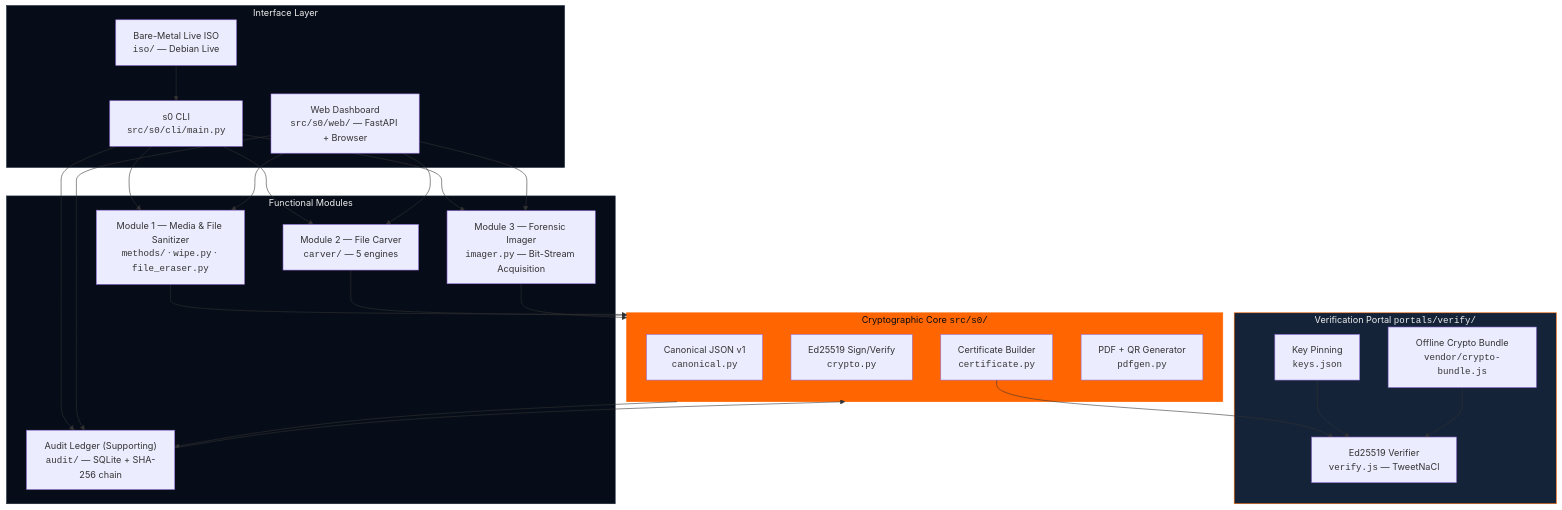
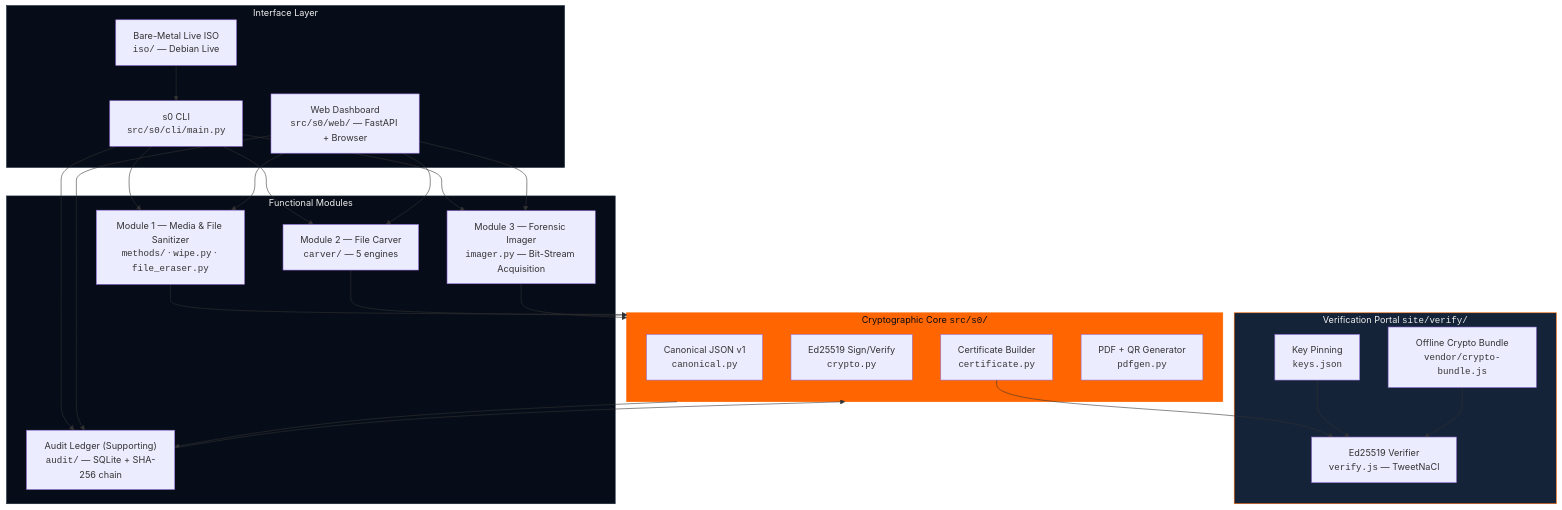
The first of 6 diagrams in docs/architecture/system-architecture.md (kartik2005221/s0), drawn with Mermaid before and after one commit. The commit also changed other lines of this file and 121 other files, not shown here.

````diff
--- a/docs/architecture/system-architecture.md
+++ b/docs/architecture/system-architecture.md
@@ -13,45 +13,45 @@
 ```mermaid
 graph TB
     subgraph UI["Interface Layer"]
         CLI["s0 CLI<br/><code>src/s0/cli/main.py</code>"]
         GUI["Web Dashboard<br/><code>src/s0/web/</code> — FastAPI + Browser"]
         ISO["Bare-Metal Live ISO<br/><code>iso/</code> — Debian Live"]
     end
 
     subgraph MODULES["Functional Modules"]
         M1["Module 1 — Media & File Sanitizer<br/><code>methods/</code> · <code>wipe.py</code> · <code>file_eraser.py</code>"]
         M2["Module 2 — File Carver<br/><code>carver/</code> — 5 engines"]
         M3["Module 3 — Forensic Imager<br/><code>imager.py</code> — Bit-Stream Acquisition"]
         M4["Audit Ledger (Supporting)<br/><code>audit/</code> — SQLite + SHA-256 chain"]
     end
 
     subgraph CORE["Cryptographic Core  <code>src/s0/</code>"]
         CANON["Canonical JSON v1<br/><code>canonical.py</code>"]
         CRYPTO["Ed25519 Sign/Verify<br/><code>crypto.py</code>"]
         CERT["Certificate Builder<br/><code>certificate.py</code>"]
         PDF["PDF + QR Generator<br/><code>pdfgen.py</code>"]
     end
 
-    subgraph VERIFY["Verification Portal  <code>portals/verify/</code>"]
+    subgraph VERIFY["Verification Portal  <code>site/verify/</code>"]
         VP_JS["Ed25519 Verifier<br/><code>verify.js</code> — TweetNaCl"]
         VP_KEYS["Key Pinning<br/><code>keys.json</code>"]
         VP_CRYPTO["Offline Crypto Bundle<br/><code>vendor/crypto-bundle.js</code>"]
     end
 
     CLI --> M1 & M2 & M3 & M4
     GUI --> M1 & M2 & M3 & M4
     ISO --> CLI
 
     M1 & M2 & M3 --> CORE
     M4 --> CORE
 
     CORE --> M4
     CERT --> VP_JS
     VP_KEYS --> VP_JS
     VP_CRYPTO --> VP_JS
 
     style CORE fill:#FF6500,color:#070D18,stroke:#FF6500
     style VERIFY fill:#142338,color:#EEEEEE,stroke:#FF6500
     style MODULES fill:#070D18,color:#EEEEEE,stroke:#142338
     style UI fill:#070D18,color:#EEEEEE,stroke:#142338
 ```
````
